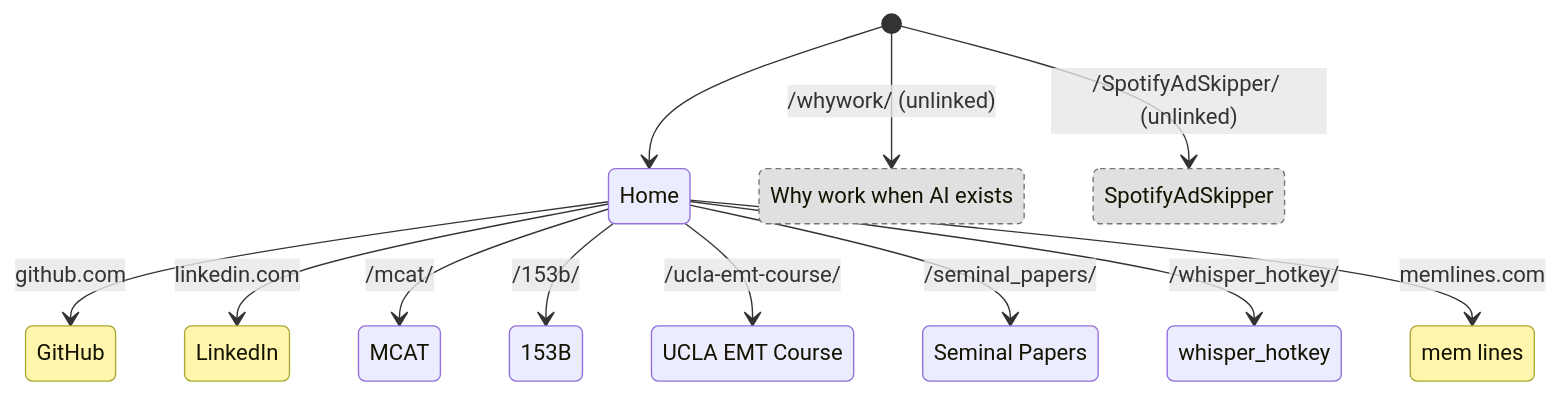
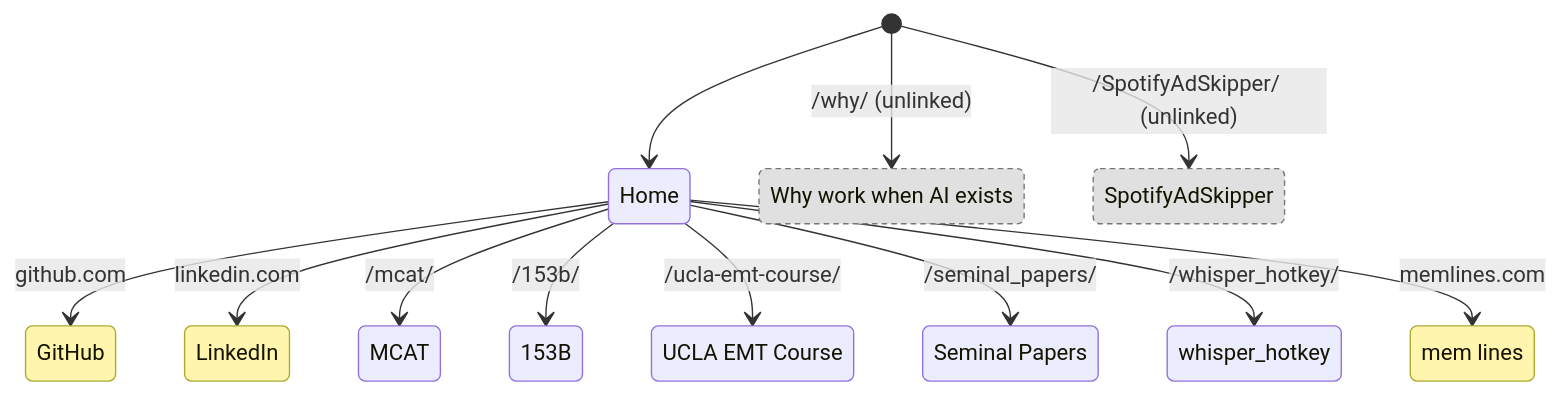
One commit to nikhi1g/nikhi1g.github.io changed the diagram in routes.mmd. Above: the diagram before and after it, drawn with Mermaid. The commit also changed 5 other files, not shown here.

```diff
--- a/routes.mmd
+++ b/routes.mmd
@@ -1,35 +1,35 @@
 stateDiagram-v2
     direction TB
 
     [*] --> Home
 
     state "Home" as Home
     state "MCAT" as MCAT
     state "153B" as OneFiftyThreeB
     state "UCLA EMT Course" as UCLAEMT
     state "Seminal Papers" as SeminalPapers
     state "whisper_hotkey" as WhisperHotkey
     state "mem lines" as MemLines
     state "GitHub" as GitHubProfile
     state "LinkedIn" as LinkedIn
-    state "Why work when AI exists" as WhyWork
+    state "Why work when AI exists" as Why
     state "SpotifyAdSkipper" as SpotifyAdSkipper
 
     Home --> GitHubProfile: github.com
     Home --> LinkedIn: linkedin.com
 
     Home --> MCAT: /mcat/
     Home --> OneFiftyThreeB: /153b/
     Home --> UCLAEMT: /ucla-emt-course/
     Home --> SeminalPapers: /seminal_papers/
     Home --> WhisperHotkey: /whisper_hotkey/
     Home --> MemLines: memlines.com
 
-    [*] --> WhyWork: /whywork/ (unlinked)
+    [*] --> Why: /why/ (unlinked)
     [*] --> SpotifyAdSkipper: /SpotifyAdSkipper/ (unlinked)
 
     classDef offsite fill:#fff5ad,stroke:#aaaa33
     classDef unlinked fill:#e0e0e0,stroke:#767676,stroke-dasharray:4 3
 
     class GitHubProfile,LinkedIn,MemLines offsite
-    class WhyWork,SpotifyAdSkipper unlinked
+    class Why,SpotifyAdSkipper unlinked
```
